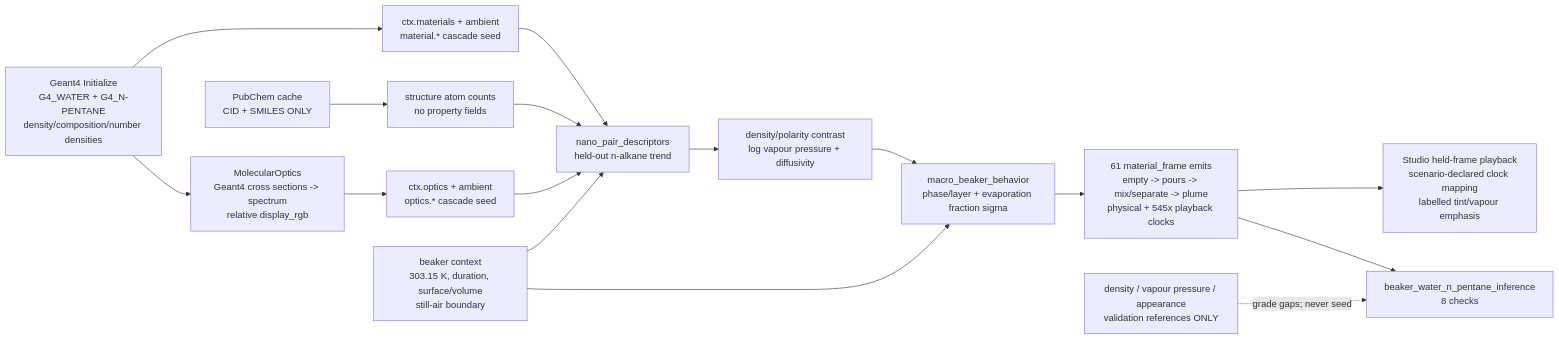
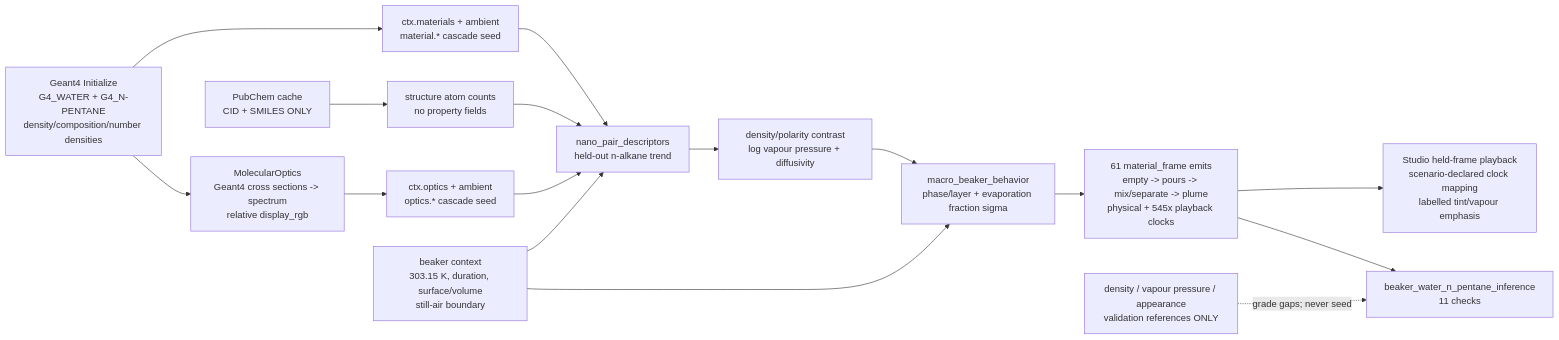
Diagram 13 of 24 in CHARTS.md (Geckos-Ink/trech), drawn with Mermaid before and after one commit. The commit also changed other lines of this file and 29 other files, not shown here.

````diff
--- a/CHARTS.md
+++ b/CHARTS.md
@@ -285,18 +285,18 @@
 ```mermaid
 flowchart LR
   G4MAT["Geant4 Initialize\nG4_WATER + G4_N-PENTANE\ndensity/composition/number densities"] --> CTXM["ctx.materials + ambient\nmaterial.* cascade seed"]
   G4MAT --> MOPT["MolecularOptics\nGeant4 cross sections -> spectrum\nrelative display_rgb"]
   MOPT --> CTXO["ctx.optics + ambient\noptics.* cascade seed"]
   PC["PubChem cache\nCID + SMILES ONLY"] --> STRUCT["structure atom counts\nno property fields"]
   CTXM --> NANO["nano_pair_descriptors\nheld-out n-alkane trend"]
   CTXO --> NANO
   STRUCT --> NANO
   NANO --> MICRO["density/polarity contrast\nlog vapour pressure + diffusivity"]
   APP["beaker context\n303.15 K, duration, surface/volume\nstill-air boundary"] --> NANO
   APP --> MACRO["macro_beaker_behavior\nphase/layer + evaporation fraction sigma"]
   MICRO --> MACRO
   MACRO --> EMIT["61 material_frame emits\nempty -> pours -> mix/separate -> plume\nphysical + 545x playback clocks"]
   EMIT --> STUDIO["Studio held-frame playback\nscenario-declared clock mapping\nlabelled tint/vapour emphasis"]
-  REF["density / vapour pressure / appearance\nvalidation references ONLY"] -.->|"grade gaps; never seed"| VAL["beaker_water_n_pentane_inference\n8 checks"]
+  REF["density / vapour pressure / appearance\nvalidation references ONLY"] -.->|"grade gaps; never seed"| VAL["beaker_water_n_pentane_inference\n11 checks"]
   EMIT --> VAL
 ```
````
